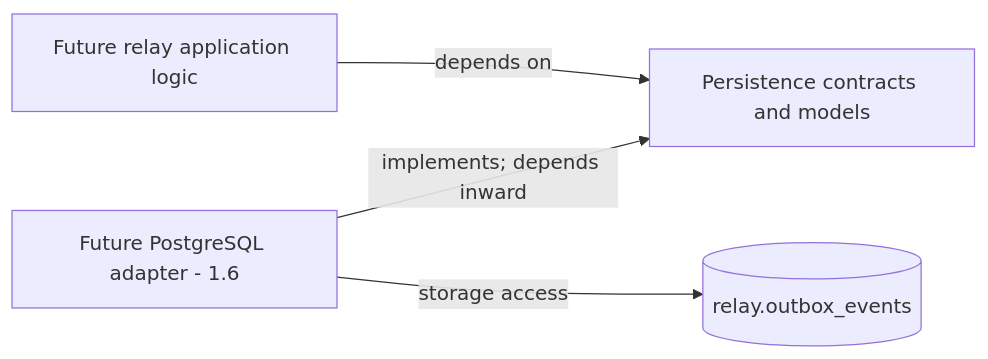
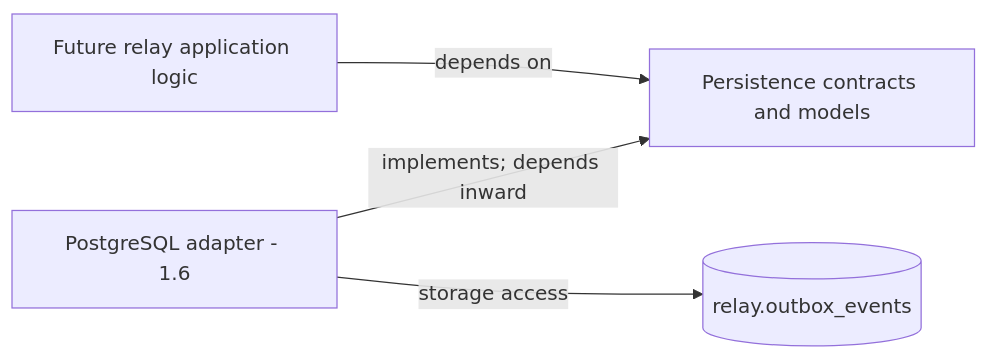
Before and after one commit to juniocr26/rust-event-relay: the second of 2 diagrams in docs/en/architecture.md, drawn with Mermaid. The commit also changed other lines of this file and 29 other files, not shown here.

First line of the commit message:
feat: implement PostgreSQL outbox reader

````diff
--- a/docs/en/architecture.md
+++ b/docs/en/architecture.md
@@ -133,10 +133,10 @@
 ```mermaid
 flowchart LR
     APP[Future relay application logic]
     PORT[Persistence contracts and models]
-    PG[Future PostgreSQL adapter - 1.6]
+    PG[PostgreSQL adapter - 1.6]
     DB[(relay.outbox_events)]
     APP -->|depends on| PORT
     PG -->|implements; depends inward| PORT
     PG -->|storage access| DB
 ```
````
